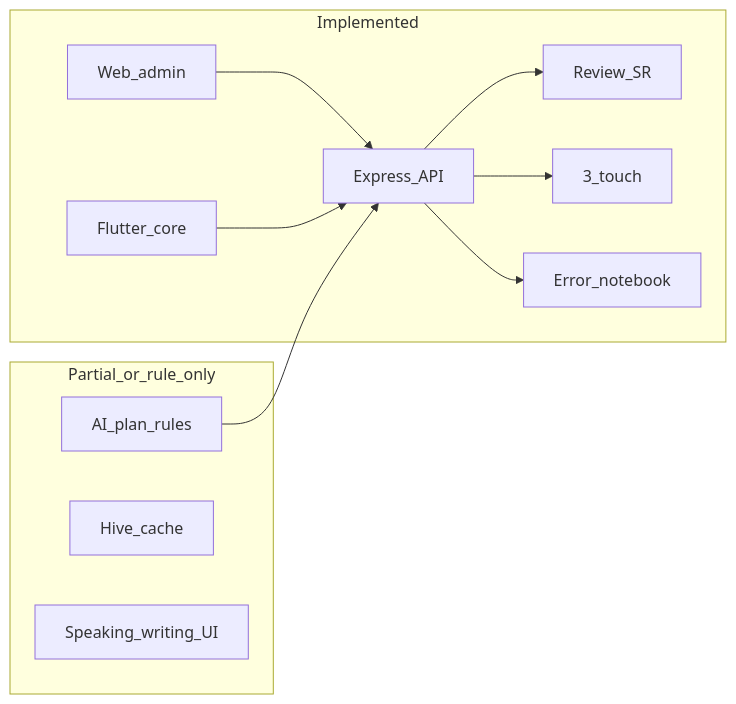
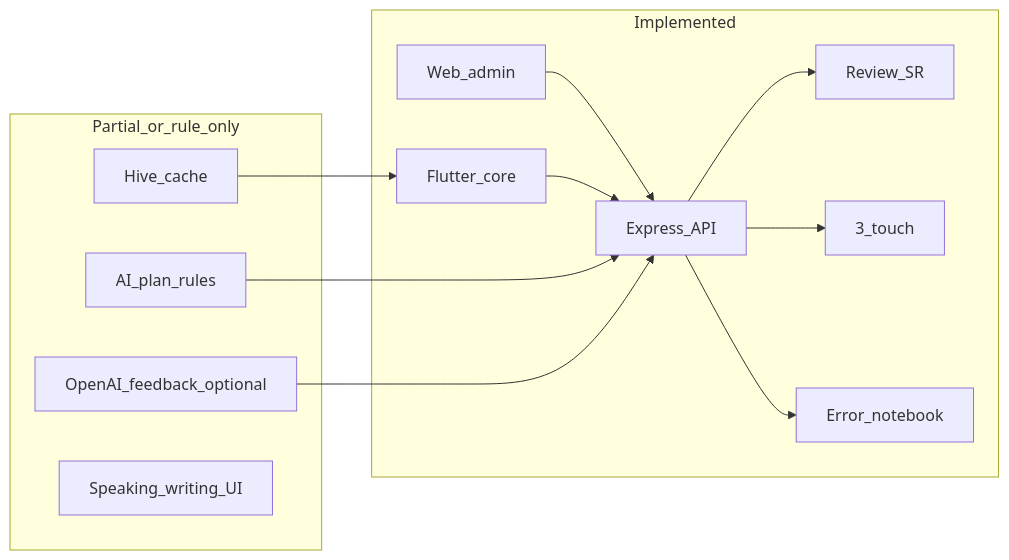
One commit to HiepF5/My-E-Learn changed the diagram in doc/SO_SANH_DOC_VS_CODEBASE.md. Above: the diagram before and after it, drawn with Mermaid. The commit also changed other lines of this file and 24 other files, not shown here.

Commit message:
feat: implement AI error pattern tracking with new API endpoint, database model, and service logic; update OpenAPI documentation and mobile app for error pattern listing and vocabulary detail view

````diff
--- a/doc/SO_SANH_DOC_VS_CODEBASE.md
+++ b/doc/SO_SANH_DOC_VS_CODEBASE.md
@@ -72,22 +74,25 @@
 ```mermaid
 flowchart LR
   subgraph implemented [Implemented]
     API[Express_API]
     Rev[Review_SR]
     Touch[3_touch]
     Err[Error_notebook]
     Admin[Web_admin]
     Mob[Flutter_core]
   end
   subgraph partial [Partial_or_rule_only]
     AIPlan[AI_plan_rules]
+    LLM_feedback[OpenAI_feedback_optional]
     HiveCache[Hive_cache]
     PhaseK[Speaking_writing_UI]
   end
   API --> Rev
   API --> Touch
   API --> Err
   Admin --> API
   Mob --> API
   AIPlan --> API
+  LLM_feedback --> API
+  HiveCache --> Mob
 ```
````
